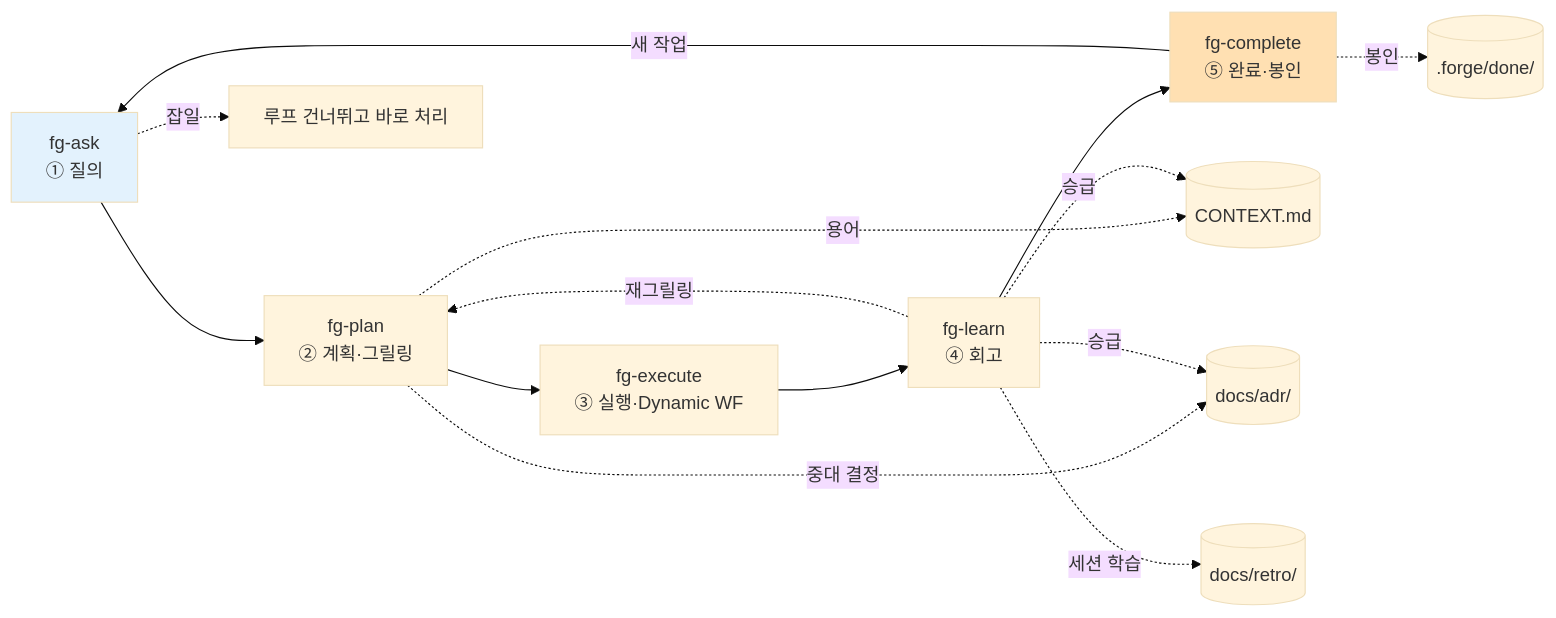
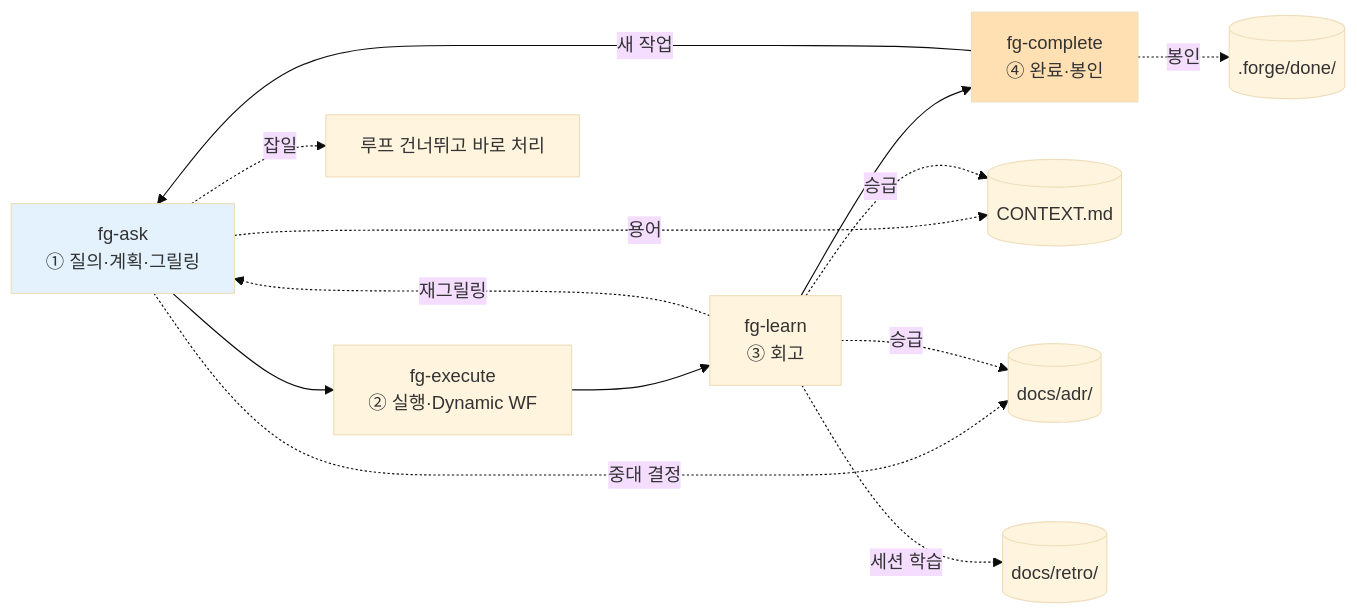
The diagram in README.md (gyuha/forge), drawn with Mermaid (base theme) before and after one commit. The commit also changed other lines of this file and 9 other files, not shown here.

````diff
--- a/README.md
+++ b/README.md
@@ -24,18 +23,17 @@
 ```mermaid
 flowchart LR
-    A[fg-ask<br/>① 질의] --> P[fg-plan<br/>② 계획·그릴링]
-    P --> E[fg-execute<br/>③ 실행·Dynamic WF]
-    E --> L[fg-learn<br/>④ 회고]
-    L --> C[fg-complete<br/>⑤ 완료·봉인]
-    L -.재그릴링.-> P
+    A[fg-ask<br/>① 질의·계획·그릴링] --> E[fg-execute<br/>② 실행·Dynamic WF]
+    E --> L[fg-learn<br/>③ 회고]
+    L --> C[fg-complete<br/>④ 완료·봉인]
+    L -.재그릴링.-> A
     C -->|새 작업| A
     A -.잡일.-> X[루프 건너뛰고 바로 처리]
-    P -.용어.-> CTX[(CONTEXT.md)]
-    P -.중대 결정.-> ADR[(docs/adr/)]
+    A -.용어.-> CTX[(CONTEXT.md)]
+    A -.중대 결정.-> ADR[(docs/adr/)]
     L -.승급.-> CTX
     L -.승급.-> ADR
     L -.세션 학습.-> RETRO[(docs/retro/)]
     C -.봉인.-> DONE[(.forge/done/)]
     style A fill:#e3f2fd
     style C fill:#ffe0b2
 ```
````
